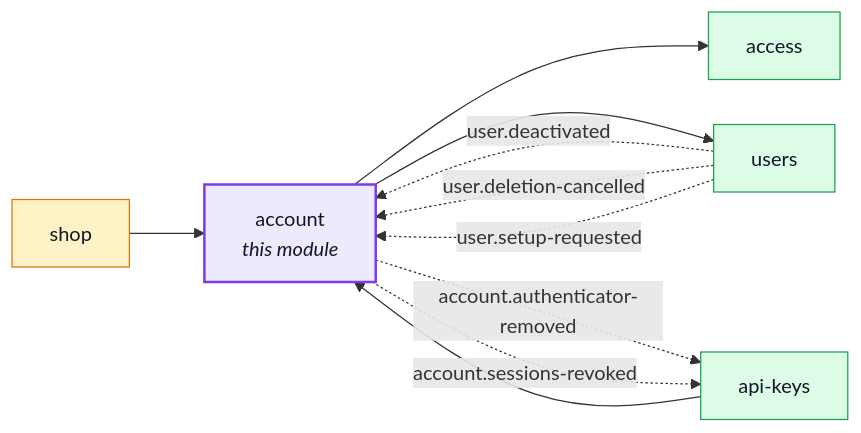
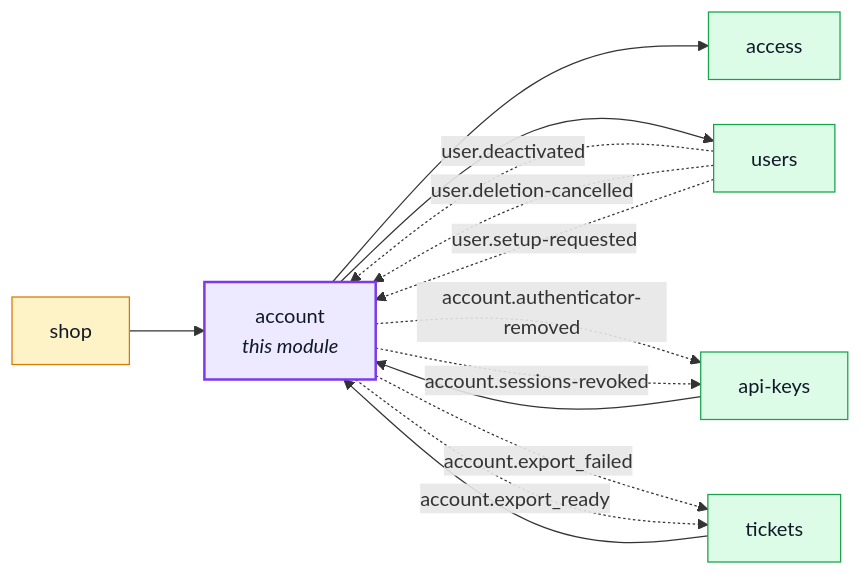
One commit to Guebbit/boilerplate-node-backend changed the first of 5 diagrams in docs/modules/account.md. Above: the diagram before and after it, drawn with Mermaid. The commit also changed other lines of this file and 52 other files, not shown here.

````diff
--- a/docs/modules/account.md
+++ b/docs/modules/account.md
@@ -16,27 +16,31 @@
 ```mermaid
 %%{init: {'flowchart': {'nodeSpacing': 30, 'rankSpacing': 60}}}%%
 flowchart LR
     account["account<br/><i>this module</i>"]
     access["access"]
     api_keys["api-keys"]
     shop["shop"]
+    tickets["tickets"]
     users["users"]
 
     api_keys --> account
     shop --> account
+    tickets --> account
     account --> access
     account --> users
     users -. "user.deactivated" .-> account
     users -. "user.deletion-cancelled" .-> account
     users -. "user.setup-requested" .-> account
     account -. "account.authenticator-removed" .-> api_keys
     account -. "account.sessions-revoked" .-> api_keys
+    account -. "account.export_failed" .-> tickets
+    account -. "account.export_ready" .-> tickets
 
     classDef core fill:#dbeafe,stroke:#2563eb,color:#111827;
     classDef supporting fill:#fef3c7,stroke:#d97706,color:#111827;
     classDef generic fill:#dcfce7,stroke:#16a34a,color:#111827;
     classDef centre fill:#ede9fe,stroke:#7c3aed,stroke-width:2px,color:#111827;
     class shop supporting;
-    class access,api_keys,users generic;
+    class access,api_keys,tickets,users generic;
     class account centre;
 ```
````
